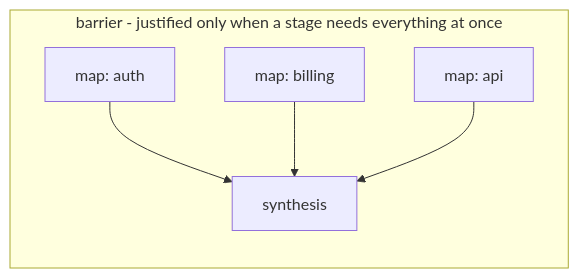
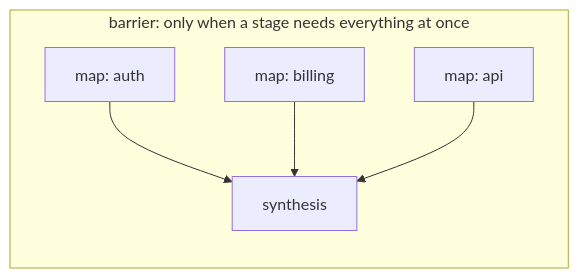
One commit to gshepptech/the-tavern changed the second of 2 diagrams in plugins/tactician/README.md. Above: the diagram before and after it, drawn with Mermaid. The commit also changed other lines of this file, not shown here.

````diff
--- a/plugins/tactician/README.md
+++ b/plugins/tactician/README.md
@@ -89,9 +95,9 @@
 ```mermaid
 flowchart TB
-    subgraph Barrier[barrier - justified only when a stage needs everything at once]
+    subgraph Barrier[barrier: only when a stage needs everything at once]
         direction TB
         M1[map: auth] --> S[synthesis]
         M2[map: billing] --> S
         M3[map: api] --> S
     end
 ```
````
